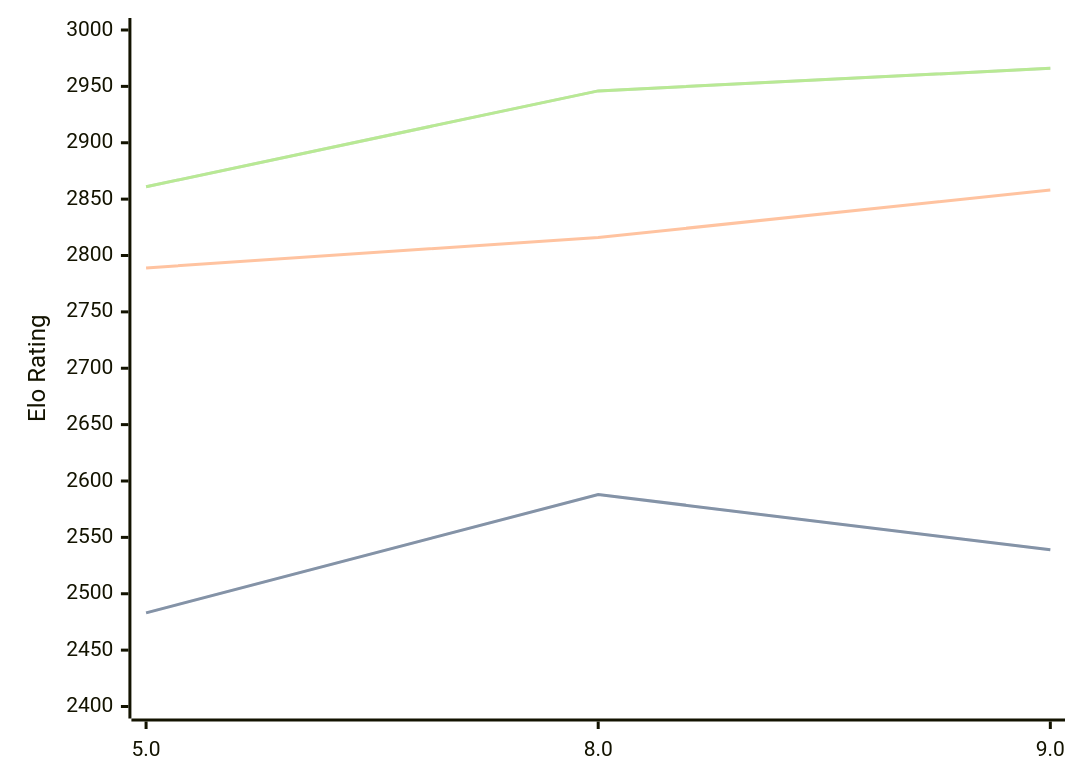
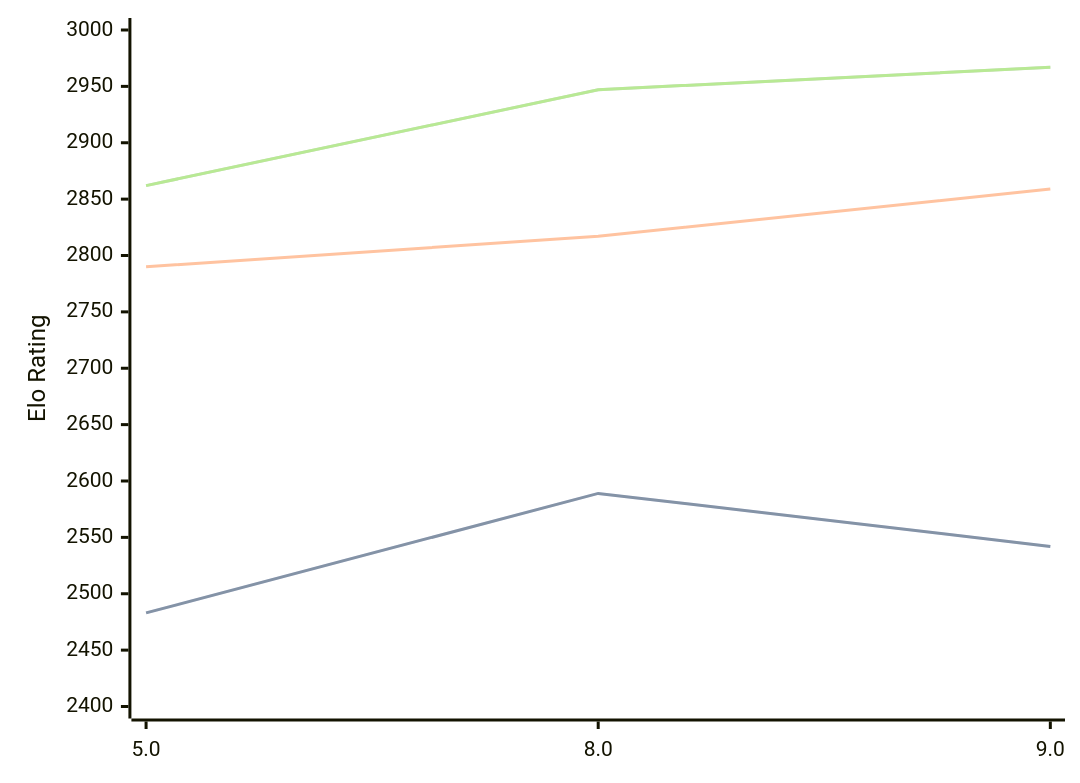
Before and after one commit to computer-chess-index/cci: the diagram in engines/4kc.md, drawn with Mermaid. The commit also changed other lines of this file, not shown here.

Commit message:
Update CCI Ratings (ELO VLTC) - 2026-09-13

````diff
--- a/engines/4kc.md
+++ b/engines/4kc.md
@@ -33,11 +33,11 @@
 ```mermaid
 %%{init: {"theme":"base","themeVariables":{"seriesColors:['#a3a3a3','#222221','#faa371']}}}%%
 xychart-beta
   x-axis ["5.0", "8.0", "9.0"]
   y-axis "Elo Rating" 2400 --> 3000
-  line "" [2483, 2588, 2539]
-  line "STC (8.0+0.08s)" [2483, 2588, 2539]
-  line "LTC (60.0+0.60s)" [2789, 2816, 2858]
-  line "" [2861, 2946, 2966]
-  line "VLTC (2m24s+1.12s)" [2861, 2946, 2966]
+  line "" [2483, 2589, 2542]
+  line "STC (8.0+0.08s)" [2483, 2589, 2542]
+  line "LTC (60.0+0.60s)" [2790, 2817, 2859]
+  line "" [2862, 2947, 2967]
+  line "VLTC (2m24s+1.12s)" [2862, 2947, 2967]
 ```
````
